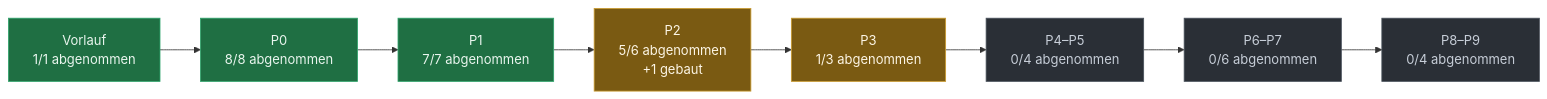
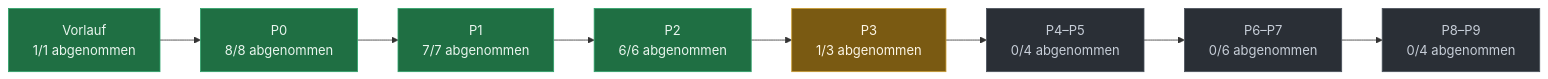
The diagram in docs/PLAN-STAND.md (evenacadia-tech/Nakama), drawn with Mermaid before and after one commit. The commit also changed other lines of this file and 4 other files, not shown here.

````diff
--- a/docs/PLAN-STAND.md
+++ b/docs/PLAN-STAND.md
@@ -35,21 +38,21 @@
 ```mermaid
 flowchart LR
   P0["Vorlauf<br/>1/1 abgenommen"]:::fertig
   P1["P0<br/>8/8 abgenommen"]:::fertig
   P0 --> P1
   P2["P1<br/>7/7 abgenommen"]:::fertig
   P1 --> P2
-  P3["P2<br/>5/6 abgenommen<br/>+1 gebaut"]:::laeuft
+  P3["P2<br/>6/6 abgenommen"]:::fertig
   P2 --> P3
   P4["P3<br/>1/3 abgenommen"]:::laeuft
   P3 --> P4
   P5["P4–P5<br/>0/4 abgenommen"]:::offen
   P4 --> P5
   P6["P6–P7<br/>0/6 abgenommen"]:::offen
   P5 --> P6
   P7["P8–P9<br/>0/4 abgenommen"]:::offen
   P6 --> P7
   classDef fertig fill:#1f6f43,stroke:#2ea36a,color:#eaf6ef
   classDef laeuft fill:#7a5a12,stroke:#c99a2e,color:#fdf6e6
   classDef offen  fill:#2a2f36,stroke:#4a525c,color:#c7ced8
 ```
````
